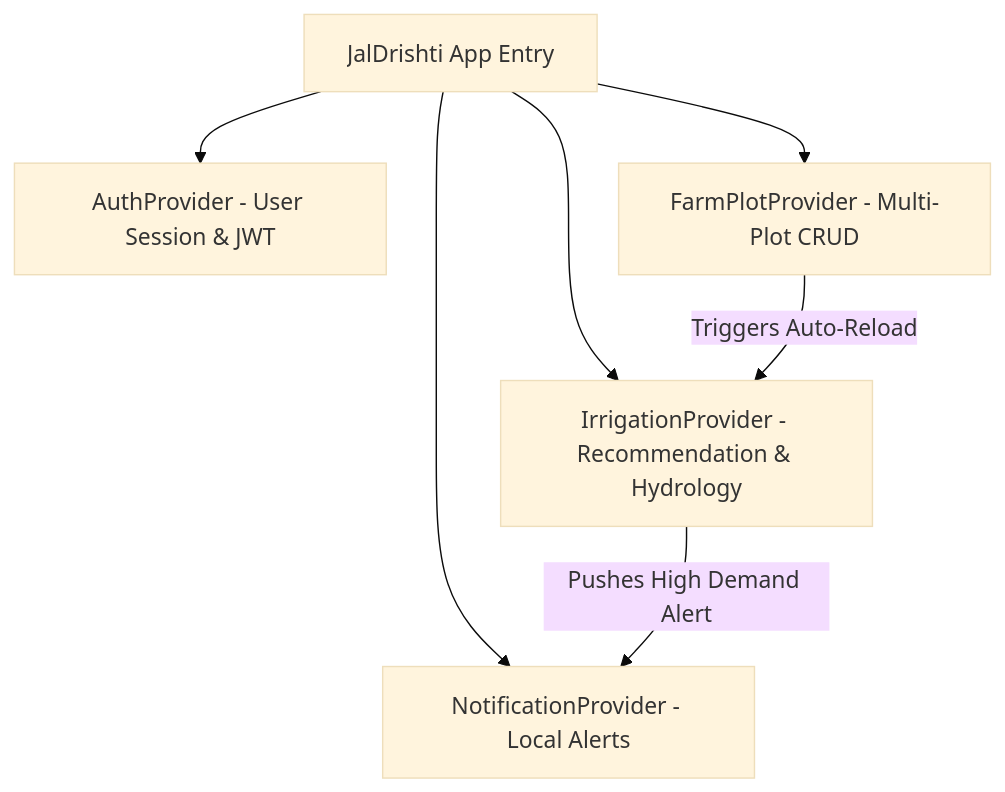
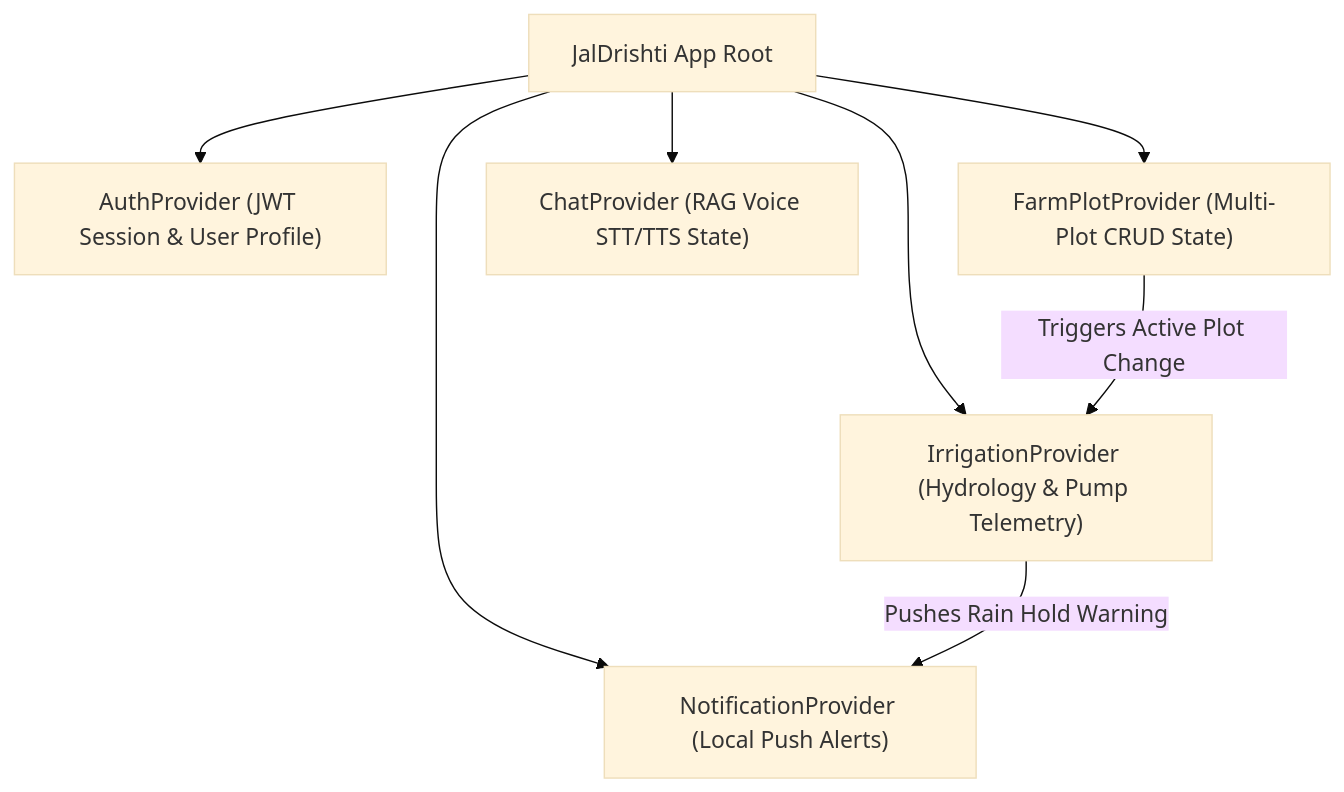
The third of 3 diagrams in docs/05_system_architecture_and_db.md (arpanpramanik2003/JalDrishti-AI), drawn with Mermaid (base theme) before and after one commit. The commit also changed other lines of this file and 2 other files, not shown here.

Commit message:
docs: add documentation for smart rain hold advisory, weather-pest integration, and system architecture

````diff
--- a/docs/05_system_architecture_and_db.md
+++ b/docs/05_system_architecture_and_db.md
@@ -89,10 +173,11 @@
 ```mermaid
 graph TD
-    App[JalDrishti App Entry] --> AuthProvider[AuthProvider - User Session & JWT]
-    App --> PlotProvider[FarmPlotProvider - Multi-Plot CRUD]
-    App --> IrrigProvider[IrrigationProvider - Recommendation & Hydrology]
-    App --> NotifProvider[NotificationProvider - Local Alerts]
+    App["JalDrishti App Root"] --> AuthProvider["AuthProvider (JWT Session & User Profile)"]
+    App --> PlotProvider["FarmPlotProvider (Multi-Plot CRUD State)"]
+    App --> IrrigProvider["IrrigationProvider (Hydrology & Pump Telemetry)"]
+    App --> ChatProvider["ChatProvider (RAG Voice STT/TTS State)"]
+    App --> NotifProvider["NotificationProvider (Local Push Alerts)"]
 
-    PlotProvider -->|Triggers Auto-Reload| IrrigProvider
-    IrrigProvider -->|Pushes High Demand Alert| NotifProvider
+    PlotProvider -->|Triggers Active Plot Change| IrrigProvider
+    IrrigProvider -->|Pushes Rain Hold Warning| NotifProvider
 ```
````
